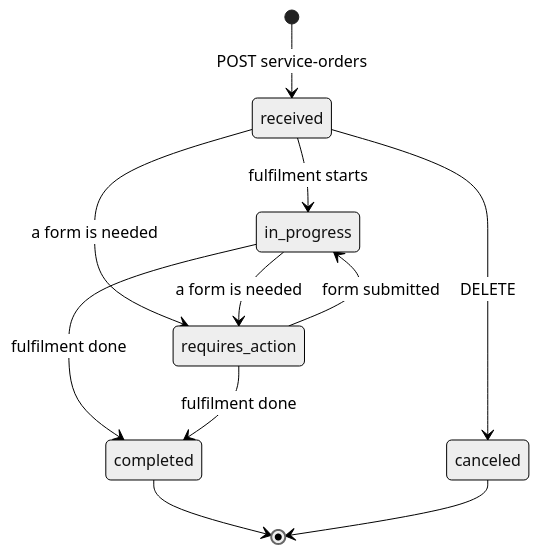
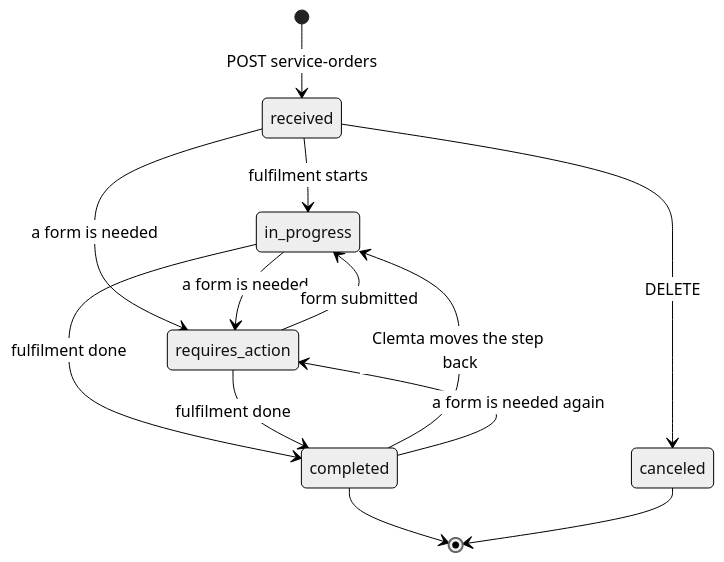
One commit to Clemta/docs changed the second of 3 diagrams in partner/service-orders.mdx. Above: the diagram before and after it, drawn with Mermaid (neutral theme). The commit also changed other lines of this file and 3 other files, not shown here.

````diff
--- a/partner/service-orders.mdx
+++ b/partner/service-orders.mdx
@@ -70,13 +72,15 @@
 ```mermaid
 stateDiagram-v2
   [*] --> received: POST service-orders
   received --> canceled: DELETE
   received --> in_progress: fulfilment starts
   received --> requires_action: a form is needed
   in_progress --> requires_action: a form is needed
   requires_action --> in_progress: form submitted
   in_progress --> completed: fulfilment done
   requires_action --> completed: fulfilment done
+  completed --> in_progress: Clemta moves the step back
+  completed --> requires_action: a form is needed again
   completed --> [*]
   canceled --> [*]
 ```
````
